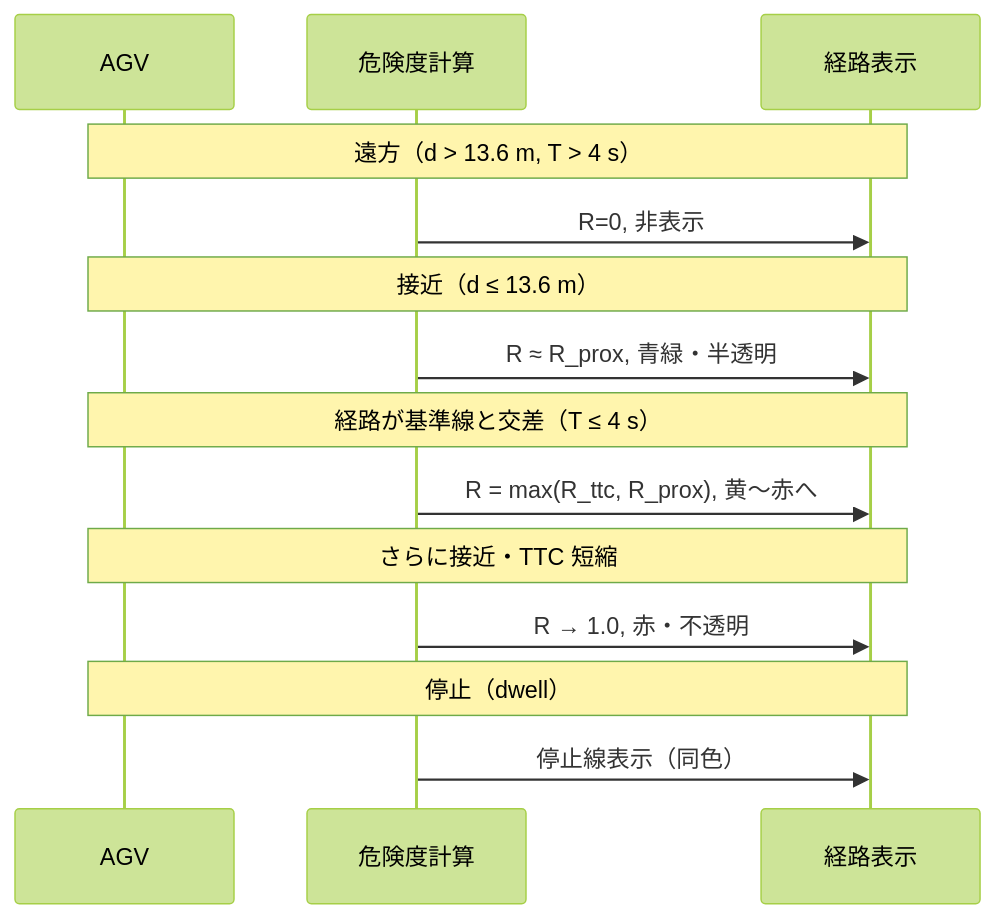
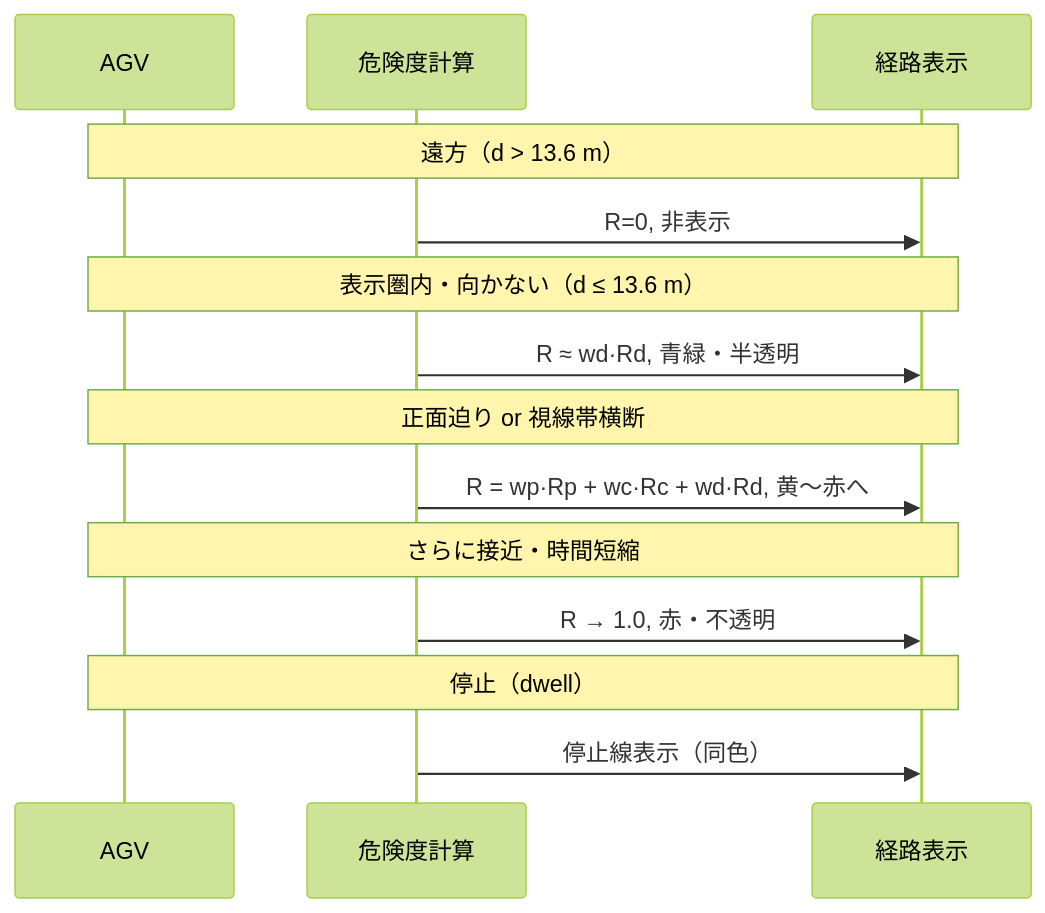
The second of 2 diagrams in 提案書類.md (shoto-11/HRI-Robot), drawn with Mermaid (forest theme) before and after one commit. The commit also changed other lines of this file and 6 other files, not shown here.

````diff
--- a/提案書類.md
+++ b/提案書類.md
@@ -270,21 +266,21 @@
 ```mermaid
 sequenceDiagram
     participant AGV as AGV
     participant VRC as 危険度計算
     participant Vis as 経路表示
 
-    Note over AGV,Vis: 遠方（d > 13.6 m, T > 4 s）
+    Note over AGV,Vis: 遠方（d > 13.6 m）
     VRC->>Vis: R=0, 非表示
 
-    Note over AGV,Vis: 接近（d ≤ 13.6 m）
-    VRC->>Vis: R ≈ R_prox, 青緑・半透明
+    Note over AGV,Vis: 表示圏内・向かない（d ≤ 13.6 m）
+    VRC->>Vis: R ≈ wd·Rd, 青緑・半透明
 
-    Note over AGV,Vis: 経路が基準線と交差（T ≤ 4 s）
-    VRC->>Vis: R = max(R_ttc, R_prox), 黄〜赤へ
+    Note over AGV,Vis: 正面迫り or 視線帯横断
+    VRC->>Vis: R = wp·Rp + wc·Rc + wd·Rd, 黄〜赤へ
 
-    Note over AGV,Vis: さらに接近・TTC 短縮
+    Note over AGV,Vis: さらに接近・時間短縮
     VRC->>Vis: R → 1.0, 赤・不透明
 
     Note over AGV,Vis: 停止（dwell）
     VRC->>Vis: 停止線表示（同色）
 ```
````
